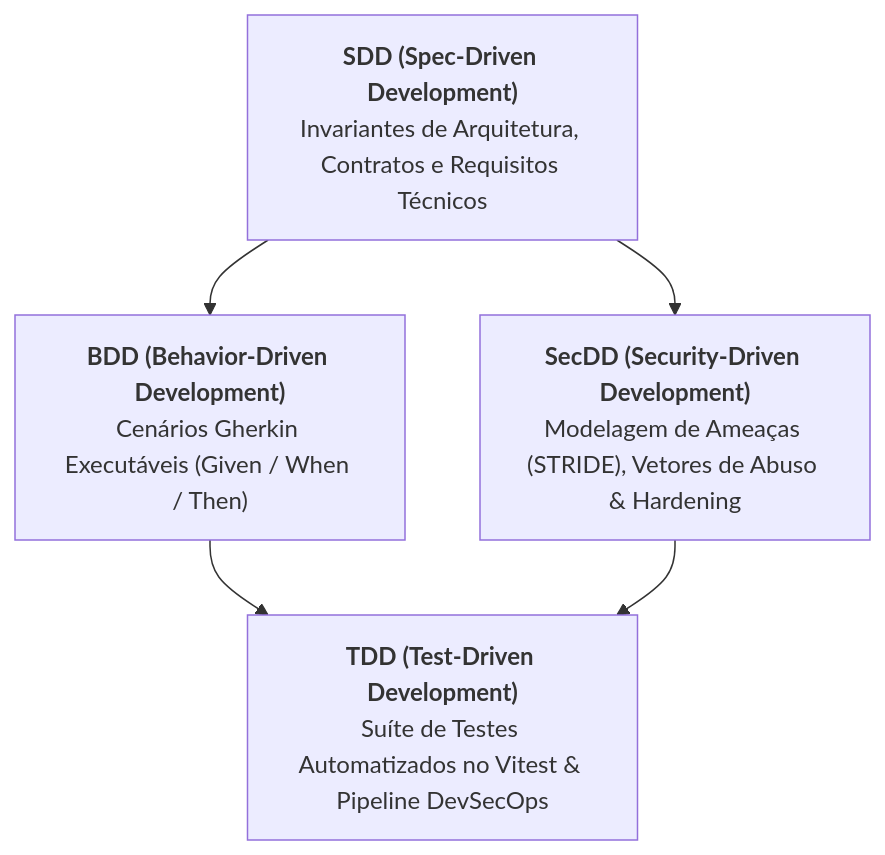
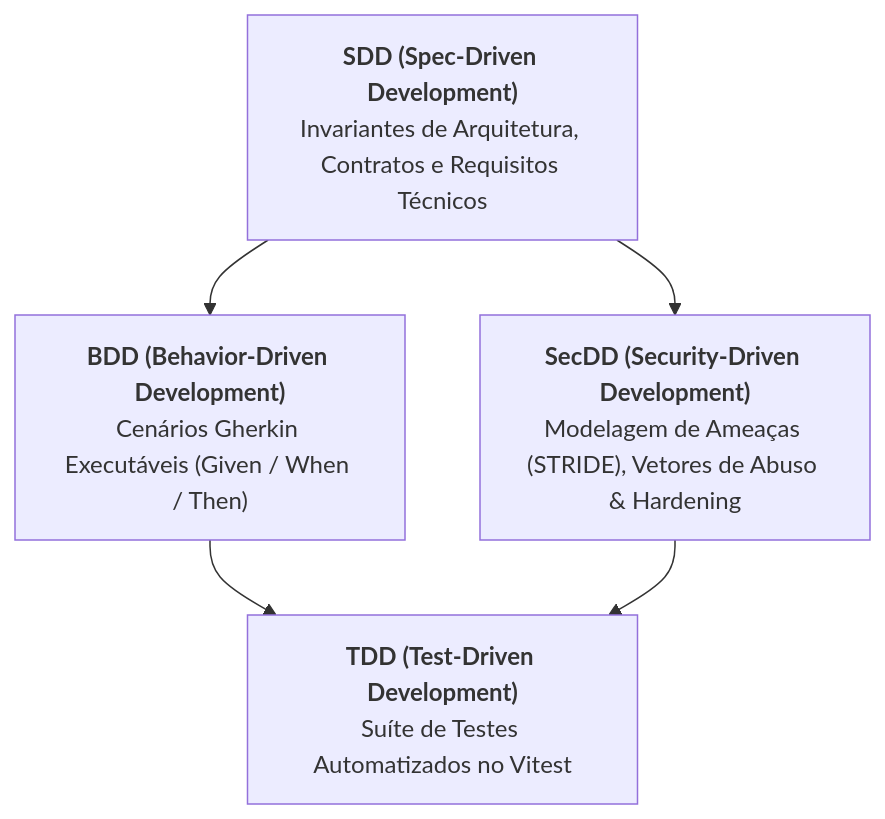
The diagram in specs/README.md (brunoez/semgrep), drawn with Mermaid before and after one commit. The commit also changed other lines of this file and 26 other files, not shown here.

````diff
--- a/specs/README.md
+++ b/specs/README.md
@@ -13,7 +13,7 @@
 ```mermaid
 flowchart TD
     A["<b>SDD (Spec-Driven Development)</b><br/>Invariantes de Arquitetura, Contratos e Requisitos Técnicos"] --> B["<b>BDD (Behavior-Driven Development)</b><br/>Cenários Gherkin Executáveis (Given / When / Then)"]
     A --> C["<b>SecDD (Security-Driven Development)</b><br/>Modelagem de Ameaças (STRIDE), Vetores de Abuso & Hardening"]
-    B --> D["<b>TDD (Test-Driven Development)</b><br/>Suíte de Testes Automatizados no Vitest & Pipeline DevSecOps"]
+    B --> D["<b>TDD (Test-Driven Development)</b><br/>Suíte de Testes Automatizados no Vitest"]
     C --> D
 ```
````
